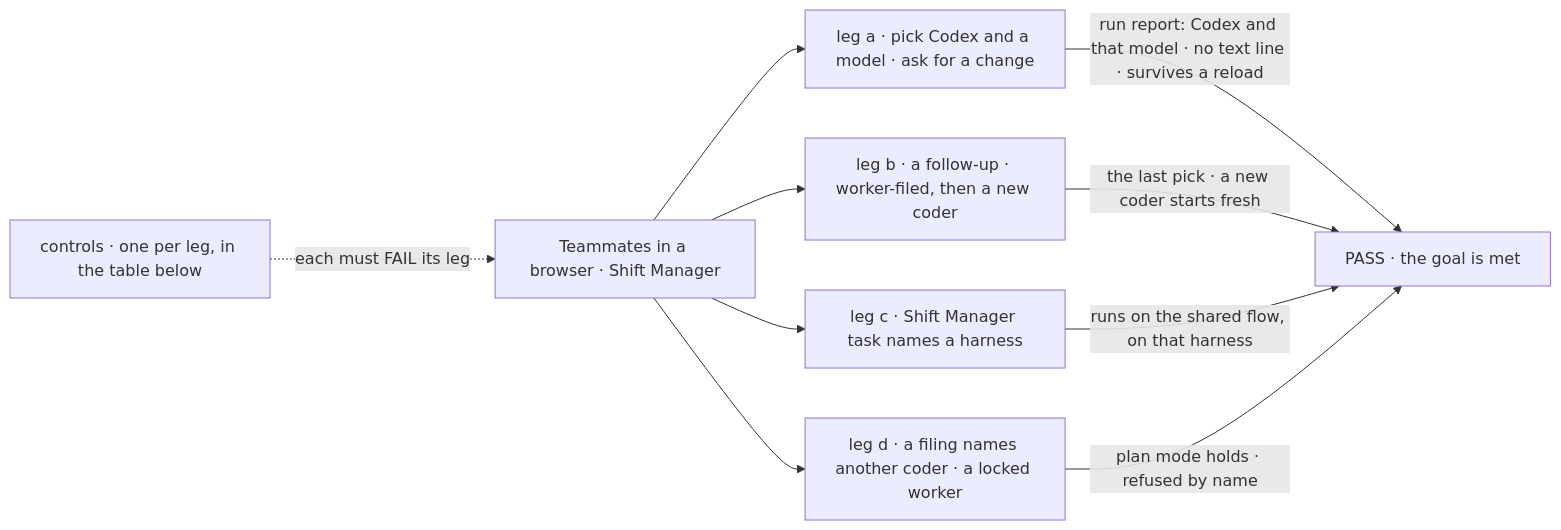
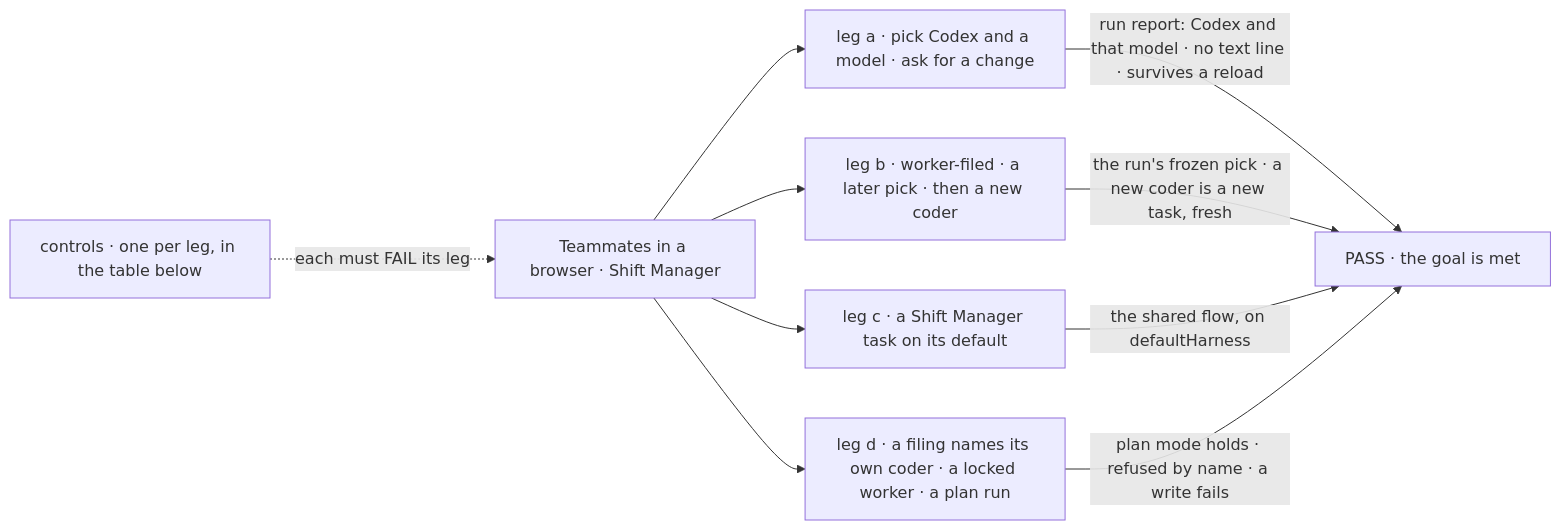
The first of 2 diagrams in specs/epics/FIX-2876/SPEC.md (fixpoint-labs/flow-state-dev), drawn with Mermaid before and after one commit. The commit also changed other lines of this file and 5 other files, not shown here.

````diff
--- a/specs/epics/FIX-2876/SPEC.md
+++ b/specs/epics/FIX-2876/SPEC.md
@@ -33,12 +33,12 @@
 ```mermaid
 flowchart LR
   A["Teammates in a browser · Shift Manager"] --> L1["leg a · pick Codex and a model · ask for a change"]
-  A --> L2["leg b · a follow-up · worker-filed, then a new coder"]
-  A --> L3["leg c · Shift Manager task names a harness"]
-  A --> L4["leg d · a filing names another coder · a locked worker"]
+  A --> L2["leg b · worker-filed · a later pick · then a new coder"]
+  A --> L3["leg c · a Shift Manager task on its default"]
+  A --> L4["leg d · a filing names its own coder · a locked worker · a plan run"]
   L1 -->|"run report: Codex and that model · no text line · survives a reload"| P["PASS · the goal is met"]
-  L2 -->|"the last pick · a new coder starts fresh"| P
-  L3 -->|"runs on the shared flow, on that harness"| P
-  L4 -->|"plan mode holds · refused by name"| P
+  L2 -->|"the run's frozen pick · a new coder is a new task, fresh"| P
+  L3 -->|"the shared flow, on defaultHarness"| P
+  L4 -->|"plan mode holds · refused by name · a write fails"| P
   C["controls · one per leg, in the table below"] -.->|"each must FAIL its leg"| A
 ```
````
